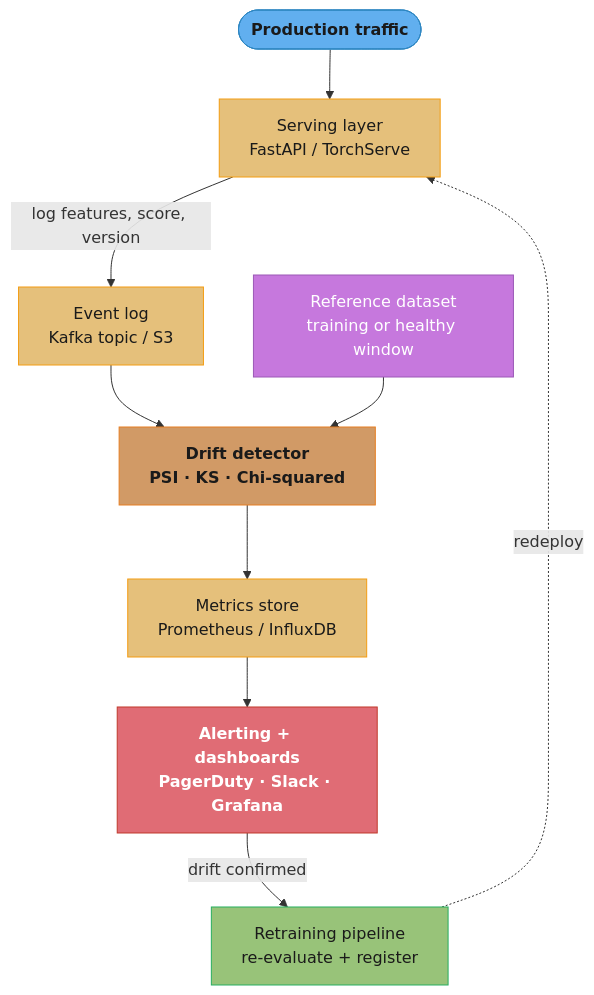
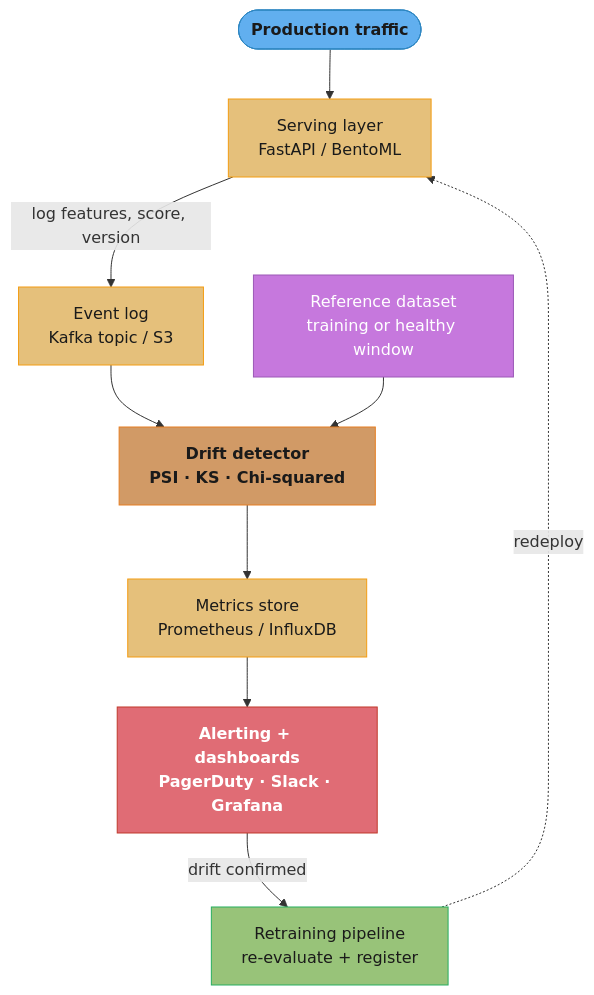
Before and after one commit to rppol/system-design: the first of 5 diagrams in src/main/java/com/rutik/systemdesign/ml/monitoring_and_drift_detection/monitoring_and_drift_detection.md, drawn with Mermaid. The commit also changed 466 other files, not shown here.

````diff
--- a/src/main/java/com/rutik/systemdesign/ml/monitoring_and_drift_detection/monitoring_and_drift_detection.md
+++ b/src/main/java/com/rutik/systemdesign/ml/monitoring_and_drift_detection/monitoring_and_drift_detection.md
@@ -74,28 +74,28 @@
 ```mermaid
 flowchart TD
     classDef io      fill:#61afef,stroke:#2e86c1,color:#1a1a1a,font-weight:bold
     classDef frozen  fill:#c678dd,stroke:#9b59b6,color:#fff
     classDef train   fill:#98c379,stroke:#27ae60,color:#1a1a1a
     classDef mathOp  fill:#d19a66,stroke:#e67e22,color:#1a1a1a,font-weight:bold
     classDef lossN   fill:#e06c75,stroke:#c0392b,color:#fff,font-weight:bold
     classDef req     fill:#56b6c2,stroke:#0097a7,color:#1a1a1a
     classDef base    fill:#e5c07b,stroke:#f39c12,color:#1a1a1a
 
-    traffic([Production traffic]) --> serve["Serving layer\nFastAPI / TorchServe"]
+    traffic([Production traffic]) --> serve["Serving layer\nFastAPI / BentoML"]
     serve -->|"log features, score, version"| log["Event log\nKafka topic / S3"]
     log --> detect["Drift detector\nPSI · KS · Chi-squared"]
     ref["Reference dataset\ntraining or healthy window"] --> detect
     detect --> metrics["Metrics store\nPrometheus / InfluxDB"]
     metrics --> alert["Alerting + dashboards\nPagerDuty · Slack · Grafana"]
     alert -->|"drift confirmed"| retrain["Retraining pipeline\nre-evaluate + register"]
     retrain -.->|"redeploy"| serve
 
     class traffic io
     class serve base
     class log base
     class ref frozen
     class detect mathOp
     class metrics base
     class alert lossN
     class retrain train
 ```
````
